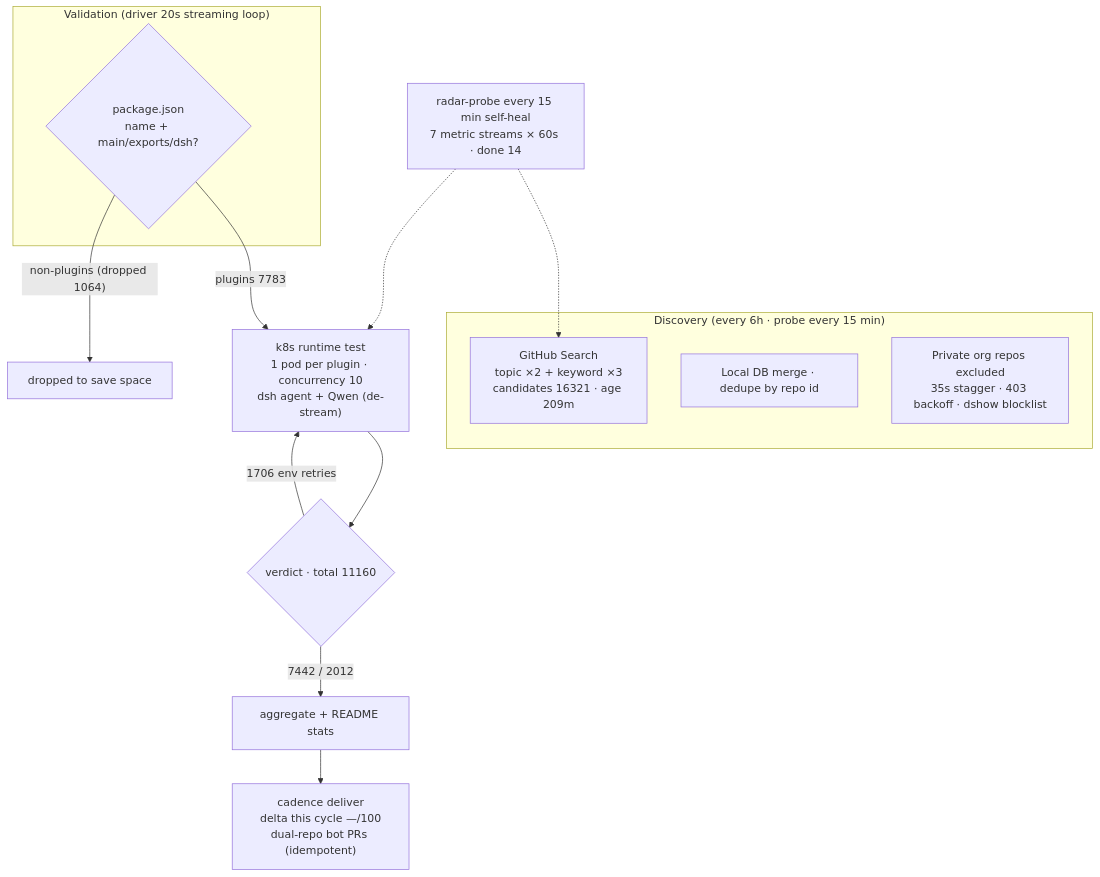
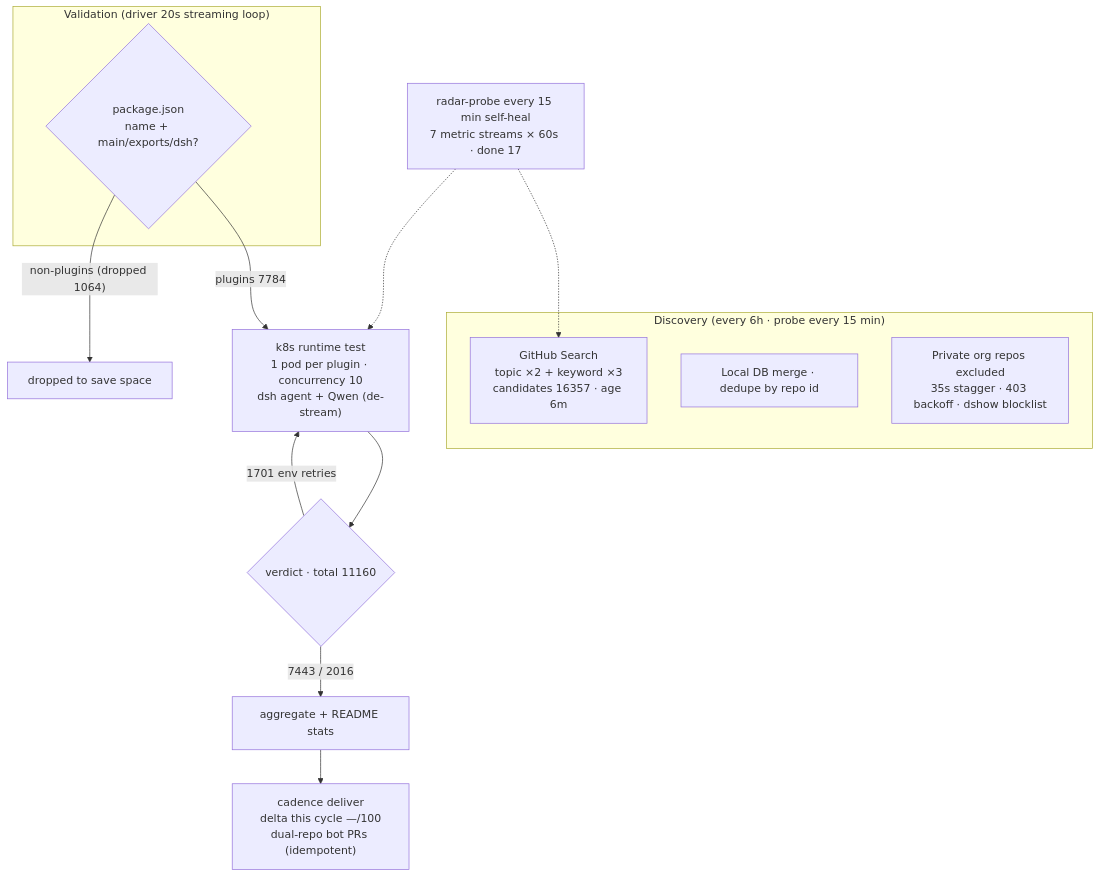
The diagram in README.en-US.md (AdamPlatin123/awesome-dsh-plugins), drawn with Mermaid before and after one commit. The commit also changed other lines of this file and 16 other files, not shown here.

````diff
--- a/README.en-US.md
+++ b/README.en-US.md
@@ -45,20 +45,20 @@
 ```mermaid
 flowchart TB
     subgraph Discovery["Discovery (every 6h · probe every 15 min)"]
-        A1["GitHub Search<br/>topic ×2 + keyword ×3<br/>candidates 16321 · age 209m"]
+        A1["GitHub Search<br/>topic ×2 + keyword ×3<br/>candidates 16357 · age 6m"]
         A2["Local DB merge · dedupe by repo id"]
         A3["Private org repos excluded<br/>35s stagger · 403 backoff · dshow blocklist"]
     end
     subgraph Validation["Validation (driver 20s streaming loop)"]
         B1{"package.json<br/>name + main/exports/dsh?"}
     end
-    B1 -->|"plugins 7783"| C1["k8s runtime test<br/>1 pod per plugin · concurrency 10<br/>dsh agent + Qwen (de-stream)"]
+    B1 -->|"plugins 7784"| C1["k8s runtime test<br/>1 pod per plugin · concurrency 10<br/>dsh agent + Qwen (de-stream)"]
     B1 -->|"non-plugins (dropped 1064)"| B3["dropped to save space"]
     C1 --> D1{"verdict · total 11160"}
-    D1 -->|"7442 / 2012"| E1["aggregate + README stats"]
-    D1 -->|"1706 env retries"| C1
+    D1 -->|"7443 / 2016"| E1["aggregate + README stats"]
+    D1 -->|"1701 env retries"| C1
     E1 --> E2["cadence deliver<br/>delta this cycle —/100<br/>dual-repo bot PRs (idempotent)"]
-    M["radar-probe every 15 min self-heal<br/>7 metric streams × 60s · done 14"]
+    M["radar-probe every 15 min self-heal<br/>7 metric streams × 60s · done 17"]
     M -.-> A1
     M -.-> C1
 ```
````
